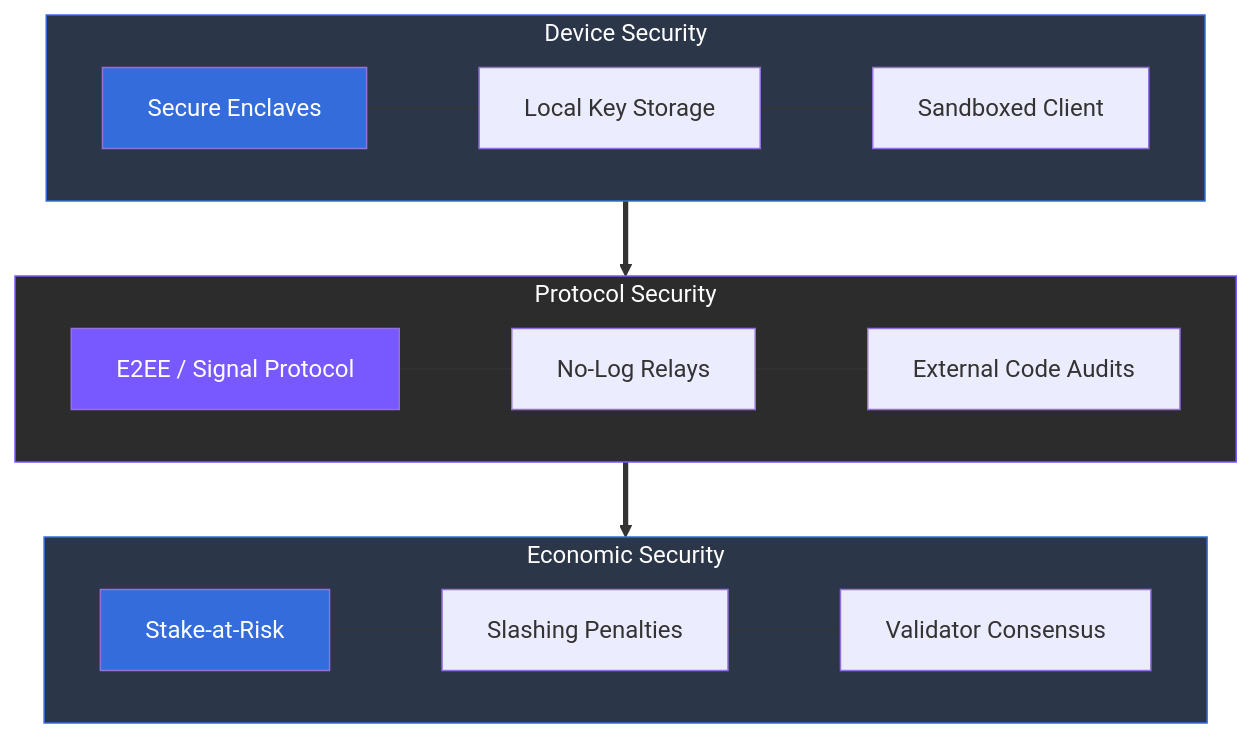
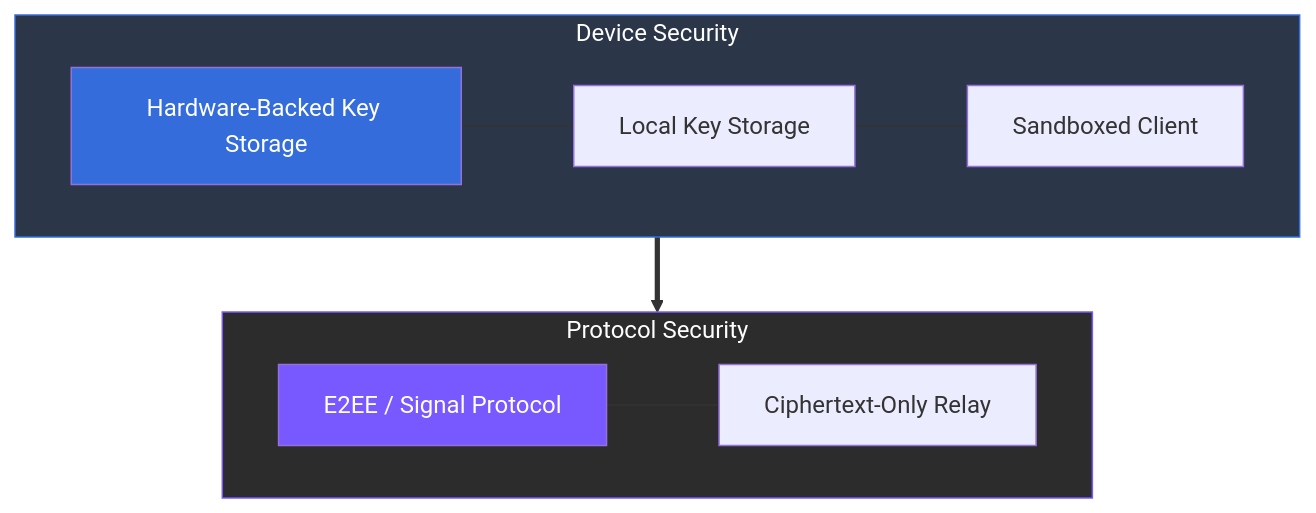
Before and after one commit to unusnullus/docs-xmtp-org: the diagram in gitbook/home/5-system-architecture/5.5-security-framework.md, drawn with Mermaid. The commit also changed other lines of this file and 32 other files, not shown here.

````diff
--- a/gitbook/home/5-system-architecture/5.5-security-framework.md
+++ b/gitbook/home/5-system-architecture/5.5-security-framework.md
@@ -19,34 +17,25 @@
 ```mermaid
 graph TD
     %% Global Styling
     accTitle: ARX Layered Security Model
-    accDescr: Visualizing the security safeguards at the Device, Protocol, and Economic levels.
+    accDescr: Visualizing the security safeguards at the Device and Protocol levels.
 
     subgraph DEVICE ["Device Security"]
-        A[Secure Enclaves] --- B[Local Key Storage]
+        A[Hardware-Backed Key Storage] --- B[Local Key Storage]
         B --- C[Sandboxed Client]
     end
 
     subgraph PROTOCOL ["Protocol Security"]
-        D[E2EE / Signal Protocol] --- E[No-Log Relays]
-        E --- F[External Code Audits]
-    end
-
-    subgraph ECONOMIC ["Economic Security"]
-        G[Stake-at-Risk] --- H[Slashing Penalties]
-        H --- I[Validator Consensus]
+        D[E2EE / Signal Protocol] --- E[Ciphertext-Only Relay]
     end
 
     %% Flow of Trust
     DEVICE ==> PROTOCOL
-    PROTOCOL ==> ECONOMIC
 
     %% Apply Brand Palette
     style DEVICE fill:#2B3648,stroke:#346ddb,color:#fefeff
     style PROTOCOL fill:#2c2c2c,stroke:#7858ff,color:#fefeff
-    style ECONOMIC fill:#2B3648,stroke:#346ddb,color:#fefeff
 
     style A fill:#346ddb,color:#fefeff
     style D fill:#7858ff,color:#fefeff
-    style G fill:#346ddb,color:#fefeff
 ```
````
